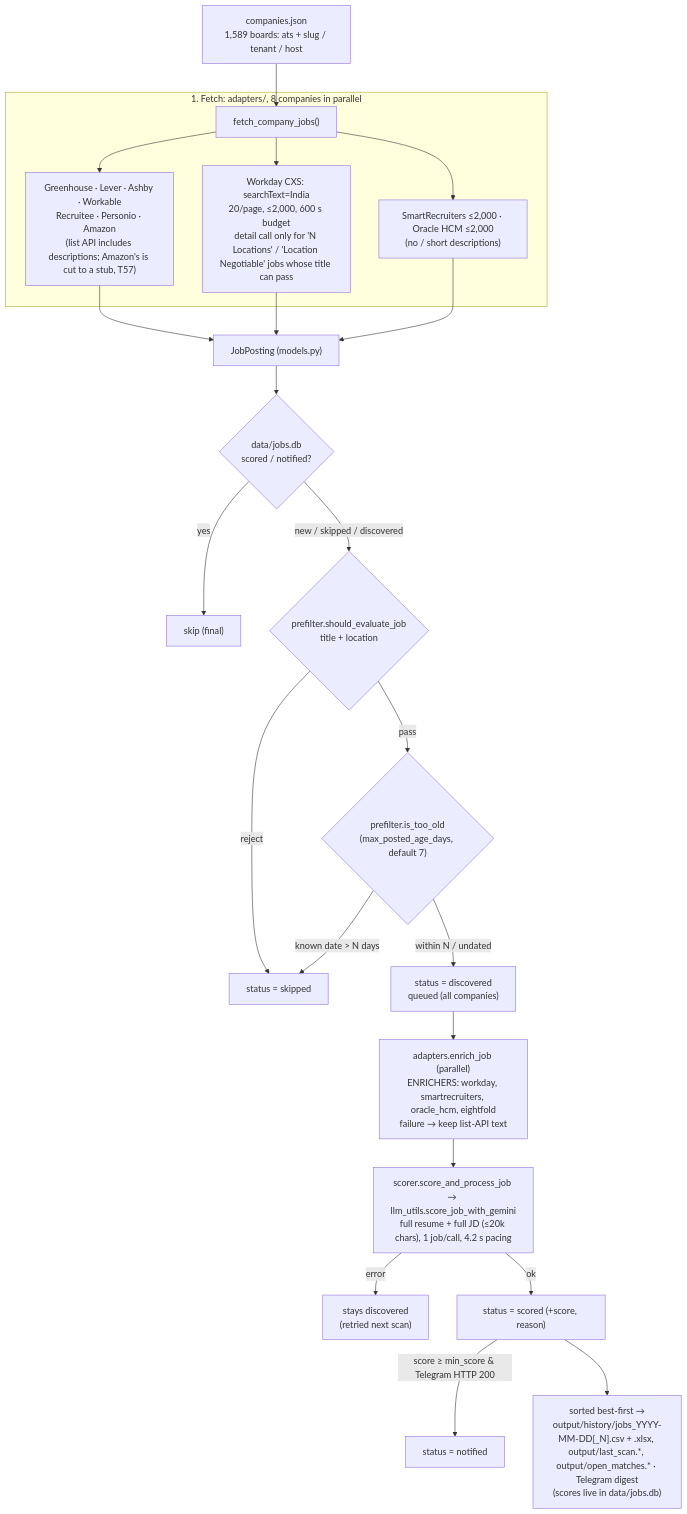
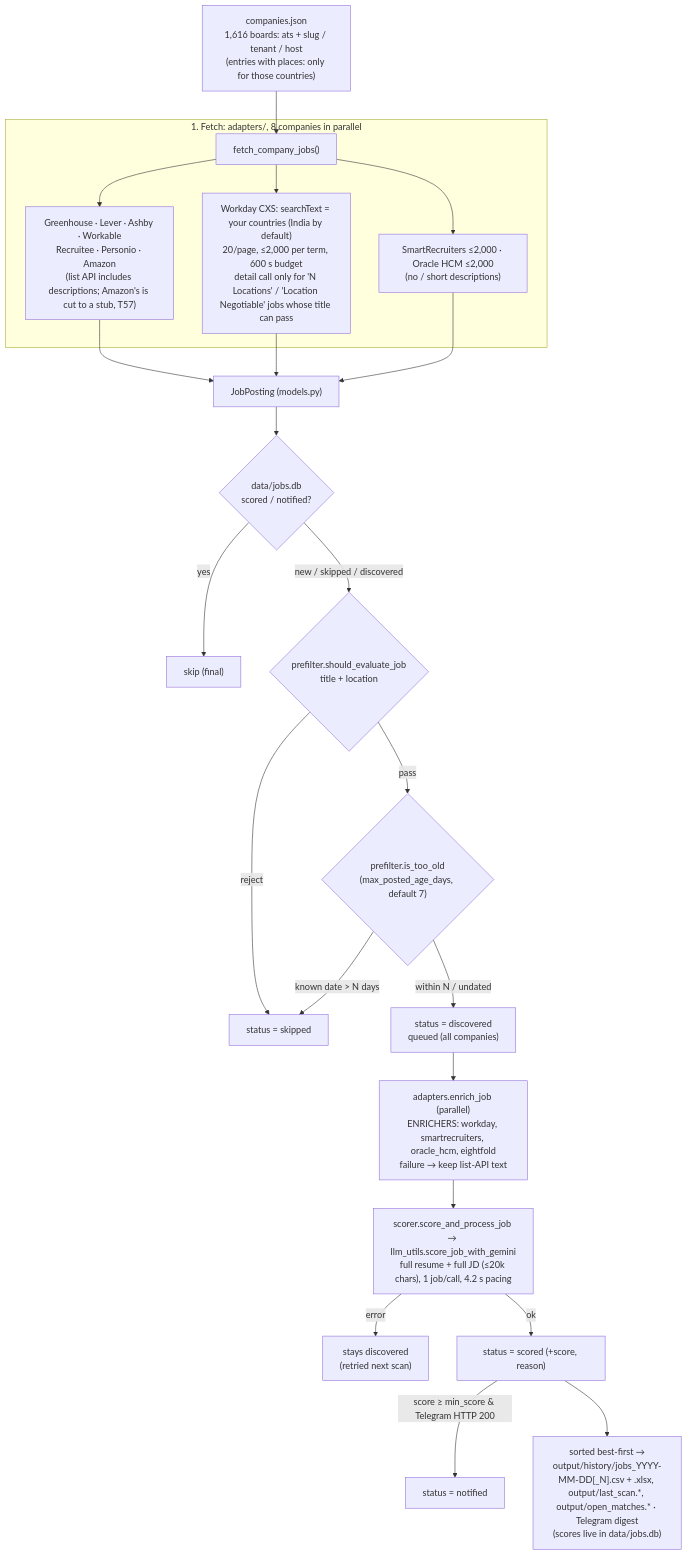
One commit to Manish814142/rolesight changed the diagram in ARCHITECTURE.md. Above: the diagram before and after it, drawn with Mermaid. The commit also changed other lines of this file and 14 other files, not shown here.

First line of the commit message:
T140 follow-up: init --resume drafts seeking for your countries; the Telegram alert's Visa line; help text; docs in line with the international path

````diff
--- a/ARCHITECTURE.md
+++ b/ARCHITECTURE.md
@@ -19,25 +19,25 @@
 ```mermaid
 flowchart TD
-    COMP["companies.json<br/>1,589 boards: ats + slug / tenant / host"] --> FETCH
+    COMP["companies.json<br/>1,616 boards: ats + slug / tenant / host<br/>(entries with places: only for those countries)"] --> FETCH
     subgraph Fetch ["1. Fetch: adapters/, 8 companies in parallel"]
         FETCH["fetch_company_jobs()"] --> LISTAPI["Greenhouse · Lever · Ashby · Workable<br/>Recruitee · Personio · Amazon<br/>(list API includes descriptions; Amazon's is cut to a stub, T57)"]
-        FETCH --> WD["Workday CXS: searchText=India<br/>20/page, ≤2,000, 600 s budget<br/>detail call only for 'N Locations' / 'Location Negotiable' jobs whose title can pass"]
+        FETCH --> WD["Workday CXS: searchText = your countries (India by default)<br/>20/page, ≤2,000 per term, 600 s budget<br/>detail call only for 'N Locations' / 'Location Negotiable' jobs whose title can pass"]
         FETCH --> SROH["SmartRecruiters ≤2,000 · Oracle HCM ≤2,000<br/>(no / short descriptions)"]
     end
     LISTAPI --> JP["JobPosting (models.py)"]
     WD --> JP
     SROH --> JP
     JP --> DEDUP{"data/jobs.db<br/>scored / notified?"}
     DEDUP -- yes --> SKIPF["skip (final)"]
     DEDUP -- "new / skipped / discovered" --> PF{"prefilter.should_evaluate_job<br/>title + location"}
     PF -- reject --> SKIPPED["status = skipped"]
     PF -- pass --> AGE{"prefilter.is_too_old<br/>(max_posted_age_days, default 7)"}
     AGE -- "known date > N days" --> SKIPPED
     AGE -- "within N / undated" --> QUEUE["status = discovered<br/>queued (all companies)"]
     QUEUE --> ENRICH["adapters.enrich_job (parallel)<br/>ENRICHERS: workday, smartrecruiters, oracle_hcm, eightfold<br/>failure → keep list-API text"]
     ENRICH --> SCORE["scorer.score_and_process_job → llm_utils.score_job_with_gemini<br/>full resume + full JD (≤20k chars), 1 job/call, 4.2 s pacing"]
     SCORE -- error --> DISC["stays discovered<br/>(retried next scan)"]
     SCORE -- ok --> SCORED["status = scored (+score, reason)"]
     SCORED -- "score ≥ min_score & Telegram HTTP 200" --> NOTIFIED["status = notified"]
     SCORED --> OUT["sorted best-first →<br/>output/history/jobs_YYYY-MM-DD[_N].csv + .xlsx, output/last_scan.*, output/open_matches.* · Telegram digest<br/>(scores live in data/jobs.db)"]
 ```
````
